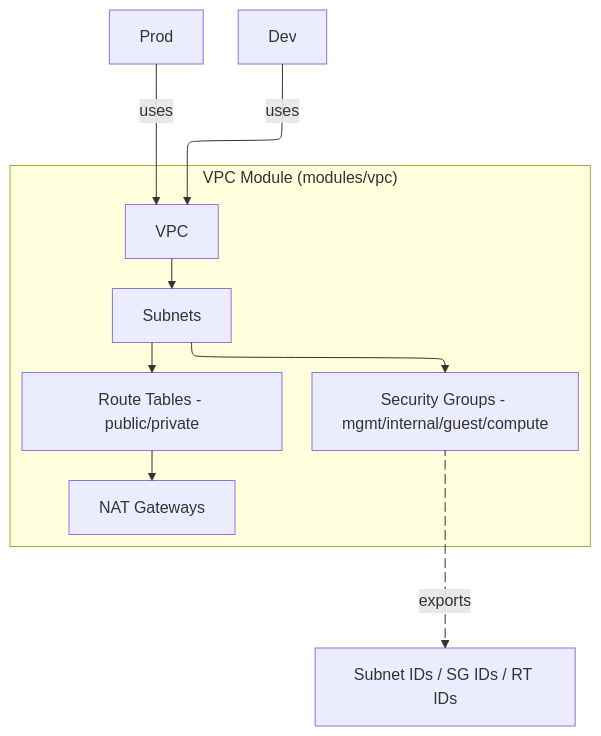
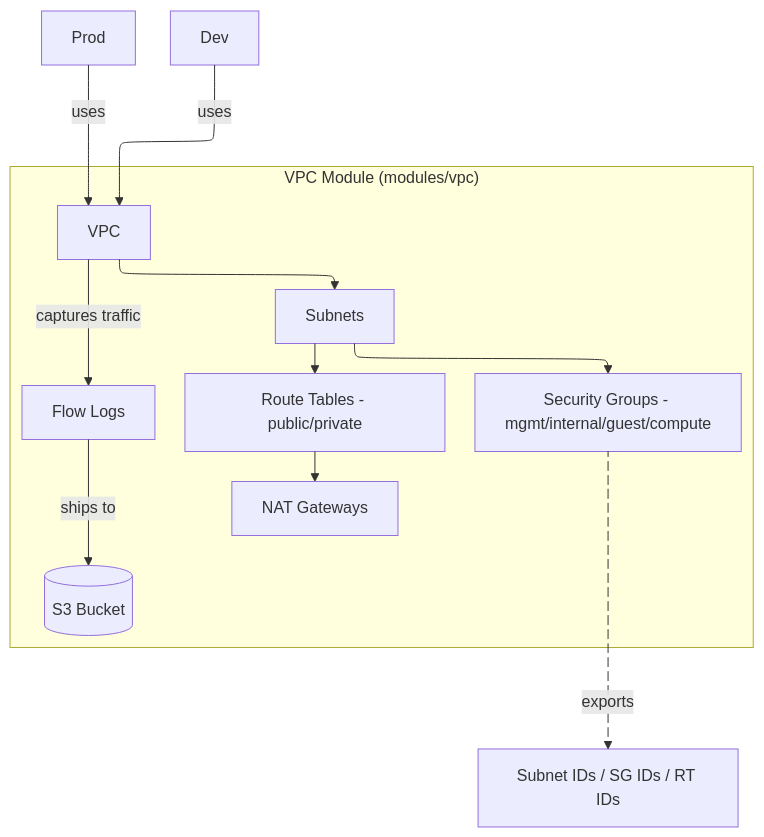
Before and after one commit to m3lcy/terraform-aws-vpc: the second of 4 diagrams in README.md, drawn with Mermaid. The commit also changed other lines of this file, not shown here.

````diff
--- a/README.md
+++ b/README.md
@@ -78,26 +83,30 @@
 ```mermaid
 ---
 config:
   layout: elk
 ---
 flowchart TB
  subgraph VPC_Module["VPC Module (modules/vpc)"]
     direction TB
         M1["VPC"]
         M2["Subnets"]
         M3["Route Tables - public/private"]
         M4["Security Groups - mgmt/internal/guest/compute"]
         M5["NAT Gateways"]
+        M6["Flow Logs"]
+        M7[("S3 Bucket")]
   end
-    n1["Prod"] -- uses --> M1
-    n2["Dev"] -- uses --> M1
     M1 --> M2
     M2 --> M3 & M4
     M3 --> M5
+    M1 -- captures traffic --> M6
+    M6 -- ships to --> M7
+    n1["Prod"] -- uses --> M1
+    n2["Dev"] -- uses --> M1
     M4 L_M4_O_0@-- exports --> O["Subnet IDs / SG IDs / RT IDs"]
 
     n1@{ shape: rect}
     n2@{ shape: rect}
 
     L_M4_O_0@{ animation: fast }
 ```
````
